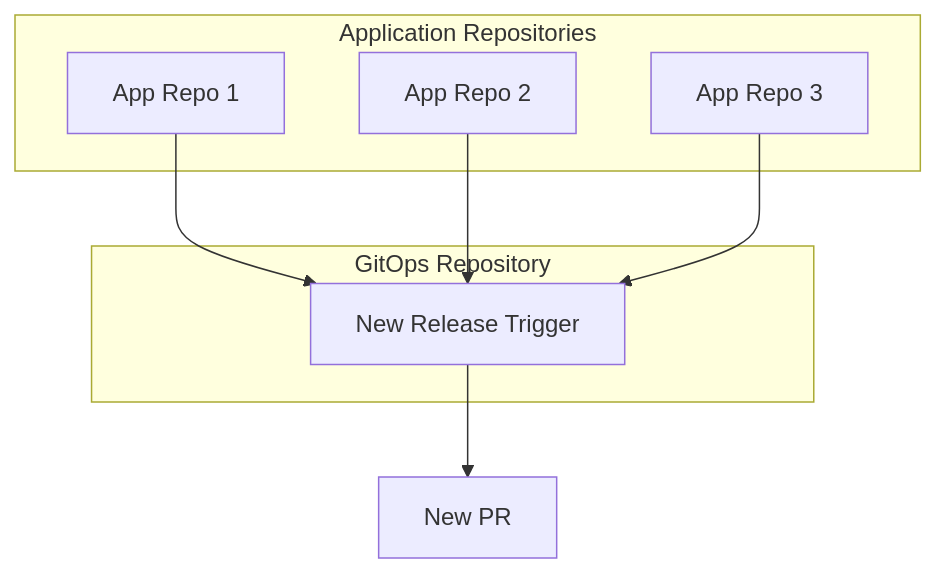
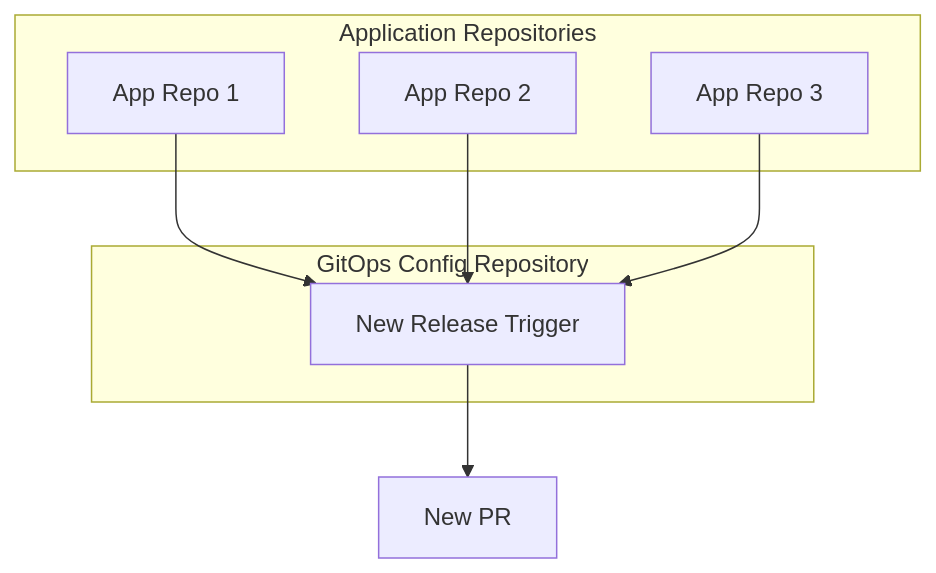
One commit to abdolence/gitops-pr-automator changed the diagram in README.md. Above: the diagram before and after it, drawn with Mermaid. The commit also changed other lines of this file and 3 other files, not shown here.

````diff
--- a/README.md
+++ b/README.md
@@ -21,17 +21,17 @@
 ```mermaid
 graph TD
-subgraph GitOps Repository
+subgraph GitOps Config Repository
   A[GitOps Config Repo]
 end
 
 subgraph Application Repositories
   B[App Repo 1]
   C[App Repo 2]
   D[App Repo 3]
 end
 
 B --> A[New Release Trigger]
 C --> A[New Release Trigger]
 D --> A[New Release Trigger]
 A --> GitHub[New PR]
 ```
````
